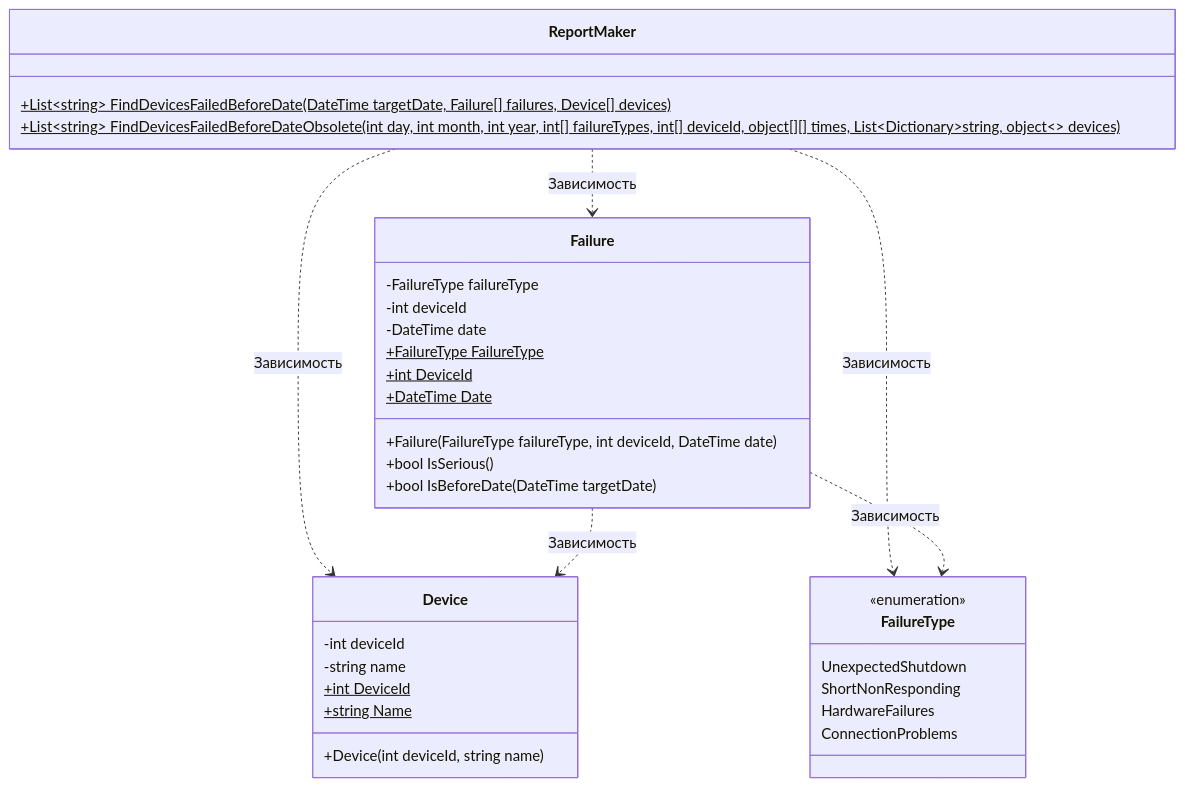
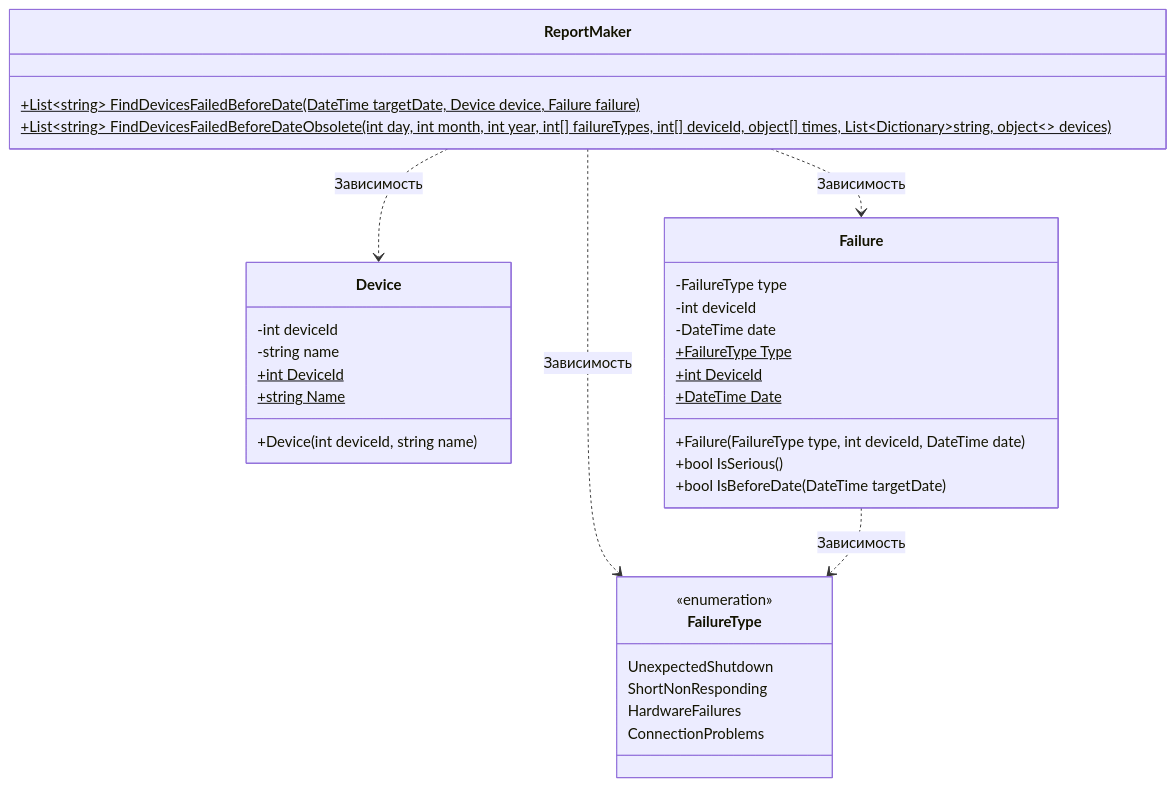
The diagram in sboi.md (AnfisaAvdeeva/practice_ulearn_2026), drawn with Mermaid before and after one commit.

````diff
--- a/sboi.md
+++ b/sboi.md
@@ -11,43 +11,42 @@
 ```mermaid
 classDiagram
     direction TB
 
     class FailureType {
         <<enumeration>>
         UnexpectedShutdown
         ShortNonResponding
         HardwareFailures
         ConnectionProblems
     }
 
     class Device {
         -int deviceId
         -string name
         +Device(int deviceId, string name)
         +int DeviceId$
         +string Name$
     }
 
     class Failure {
-        -FailureType failureType
+        -FailureType type
         -int deviceId
         -DateTime date
-        +Failure(FailureType failureType, int deviceId, DateTime date)
+        +Failure(FailureType type, int deviceId, DateTime date)
         +bool IsSerious()
         +bool IsBeforeDate(DateTime targetDate)
-        +FailureType FailureType$
+        +FailureType Type$
         +int DeviceId$
         +DateTime Date$
     }
 
     class ReportMaker {
-        +List~string~ FindDevicesFailedBeforeDate(DateTime targetDate, Failure[] failures, Device[] devices)$
-        +List~string~ FindDevicesFailedBeforeDateObsolete(int day, int month, int year, int[] failureTypes, int[] deviceId, object[][] times, List~Dictionary~string, object~~ devices)$
+        +List~string~ FindDevicesFailedBeforeDate(DateTime targetDate, Device device, Failure failure)$
+        +List~string~ FindDevicesFailedBeforeDateObsolete(int day, int month, int year, int[] failureTypes, int[] deviceId, object[] times, List~Dictionary~string, object~~ devices)$
     }
 
     ReportMaker ..> Failure : Зависимость
     ReportMaker ..> Device : Зависимость
     ReportMaker ..> FailureType : Зависимость
-    Failure ..> Device : Зависимость
     Failure ..> FailureType : Зависимость
 ```
````
